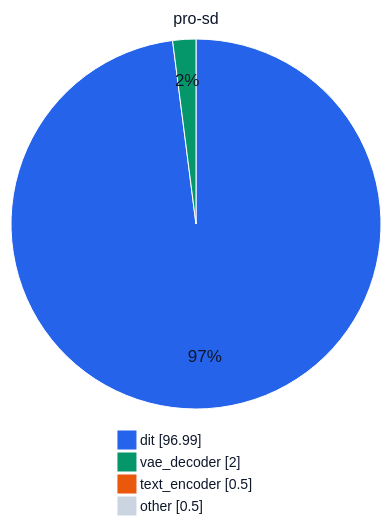
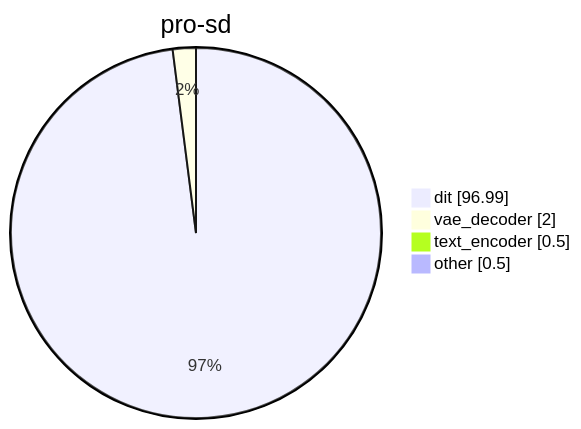
Before and after one commit to VilisovEvgeny/kandinsky-6: the seventh of 8 diagrams in docs/performance/rtx-5090.md, drawn with Mermaid. The commit also changed other lines of this file and 3 other files, not shown here.

````diff
--- a/docs/performance/rtx-5090.md
+++ b/docs/performance/rtx-5090.md
@@ -227,28 +82,8 @@
 ```mermaid
----
-config:
-  theme: base
-  pie:
-    legendPosition: bottom
-  themeVariables:
-    pieOpacity: 1
-    pieStrokeColor: "#ffffff"
-    pieStrokeWidth: "1px"
-    pieOuterStrokeColor: "#ffffff"
-    pieTitleTextSize: "16px"
-    pieTitleTextColor: "#0f172a"
-    pieLegendTextSize: "14px"
-    pieLegendTextColor: "#0f172a"
-    pieSectionTextColor: "#0f172a"
-    pie1: "#2563EB"
-    pie2: "#059669"
-    pie3: "#EA580C"
-    pie4: "#CBD5E1"
----
 pie showData
     title pro-sd
     "dit" : 96.99
     "vae_decoder" : 2.00
     "text_encoder" : 0.50
     "other" : 0.50
 ```
````
